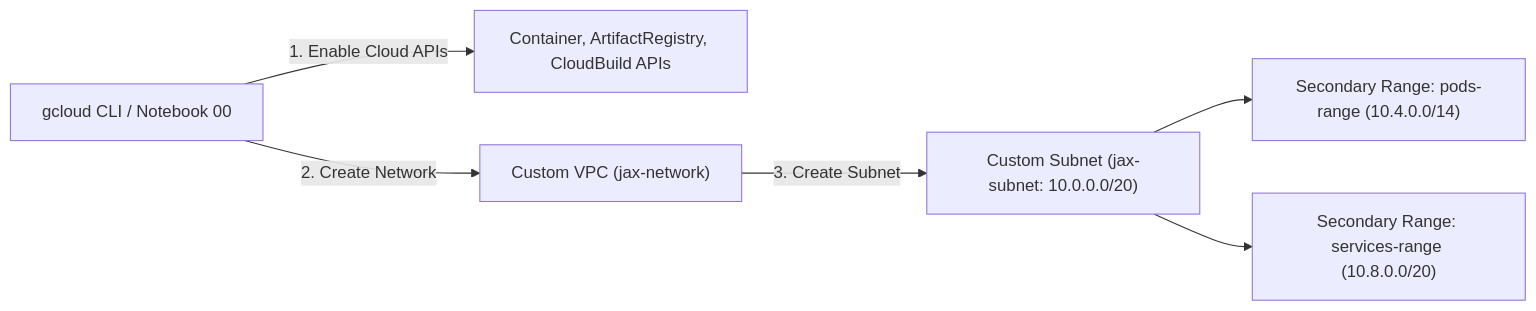
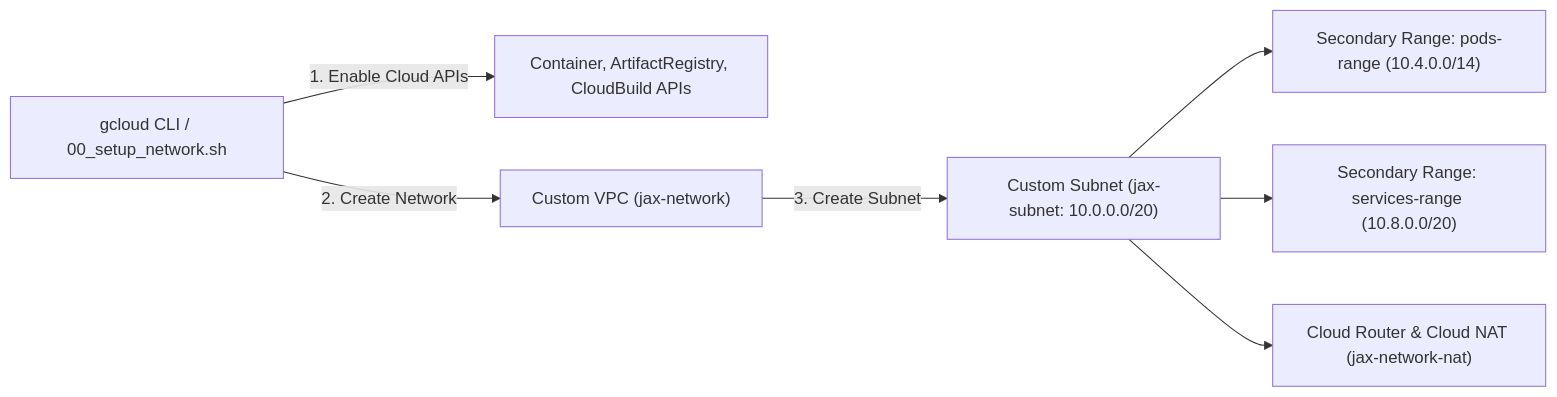
The second of 9 diagrams in ARCHITECTURE.md (goabego/Travolta_Multinode_Training), drawn with Mermaid before and after one commit. The commit also changed other lines of this file, not shown here.

Commit message:
docs: update ARCHITECTURE.md with Cloud NAT egress, TPU v5e slice topology, and strict teardown flow

````diff
--- a/ARCHITECTURE.md
+++ b/ARCHITECTURE.md
@@ -53,8 +57,9 @@
 ```mermaid
 flowchart LR
-    User["gcloud CLI / Notebook 00"] -->|1. Enable Cloud APIs| APIs["Container, ArtifactRegistry, CloudBuild APIs"]
+    User["gcloud CLI / 00_setup_network.sh"] -->|1. Enable Cloud APIs| APIs["Container, ArtifactRegistry, CloudBuild APIs"]
     User -->|2. Create Network| VPC["Custom VPC (jax-network)"]
     VPC -->|3. Create Subnet| Subnet["Custom Subnet (jax-subnet: 10.0.0.0/20)"]
     Subnet --> Secondary1["Secondary Range: pods-range (10.4.0.0/14)"]
     Subnet --> Secondary2["Secondary Range: services-range (10.8.0.0/20)"]
+    Subnet --> NAT["Cloud Router & Cloud NAT (jax-network-nat)"]
 ```
````
